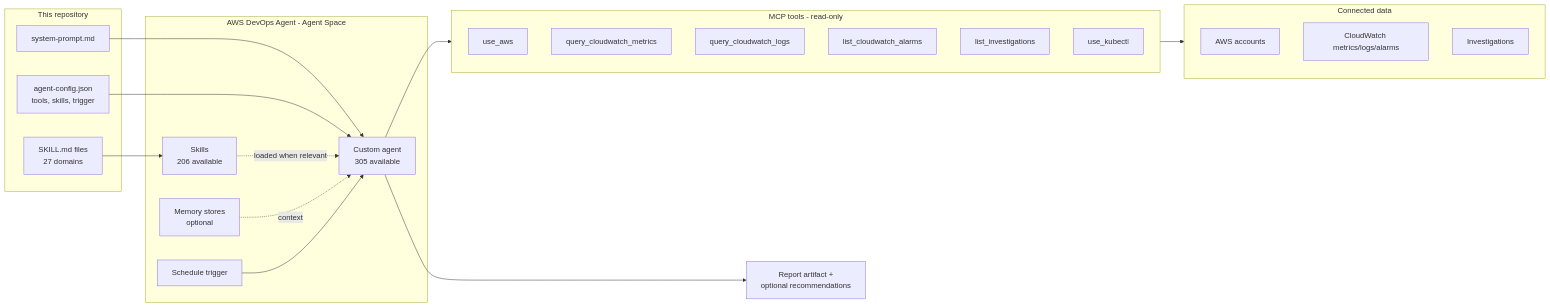
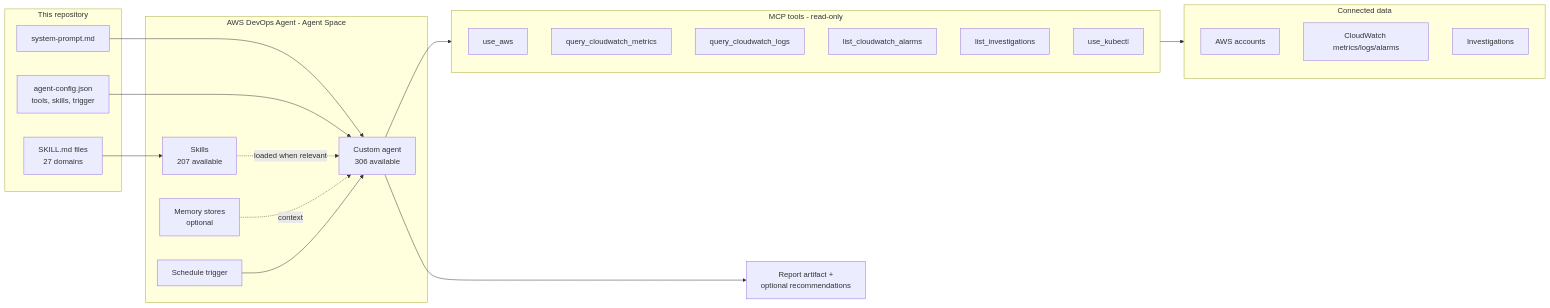
Before and after one commit to Misterb91123/aws-sample-ai-agents: the first of 4 diagrams in README.md, drawn with Mermaid. The commit also changed other lines of this file and 7 other files, not shown here.

````diff
--- a/README.md
+++ b/README.md
@@ -28,42 +28,42 @@
 ```mermaid
 flowchart LR
     subgraph Repo["This repository"]
         SP[system-prompt.md]
         CFG[agent-config.json<br/>tools, skills, trigger]
         SK[SKILL.md files<br/>27 domains]
     end
 
     subgraph Space["AWS DevOps Agent - Agent Space"]
-        AG[Custom agent<br/>305 available]
-        SKA[Skills<br/>206 available]
+        AG[Custom agent<br/>306 available]
+        SKA[Skills<br/>207 available]
         MEM[Memory stores<br/>optional]
         TRG[Schedule trigger]
     end
 
     subgraph Tools["MCP tools - read-only"]
         T1[use_aws]
         T2[query_cloudwatch_metrics]
         T3[query_cloudwatch_logs]
         T4[list_cloudwatch_alarms]
         T5[list_investigations]
         T6[use_kubectl]
     end
 
     subgraph Sources["Connected data"]
         AWS[AWS accounts]
         CW[CloudWatch metrics/logs/alarms]
         INV[Investigations]
     end
 
     OUT[Report artifact +<br/>optional recommendations]
 
     SP --> AG
     CFG --> AG
     SK --> SKA
     SKA -.loaded when relevant.-> AG
     MEM -.context.-> AG
     TRG --> AG
     AG --> Tools
     Tools --> Sources
     AG --> OUT
 ```
````
